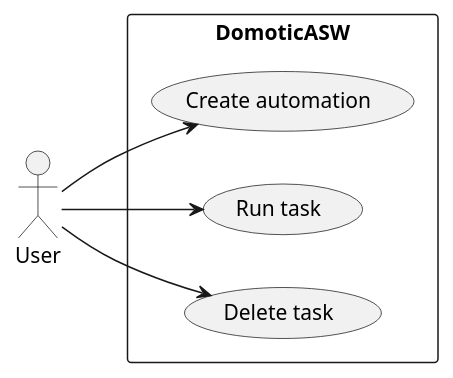
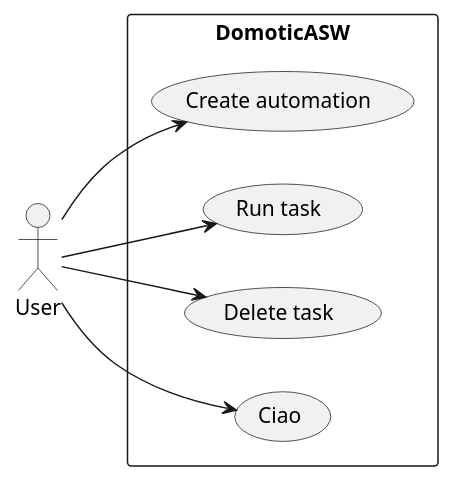
Before and after one commit to DomoticASW/.github: the diagram in diagrams/src/use-case.puml, drawn with PlantUML. The commit also changed 2 other files, not shown here.

```diff
--- a/diagrams/src/use-case.puml
+++ b/diagrams/src/use-case.puml
@@ -1,13 +1,14 @@
 @startuml use-case
 
 left to right direction
 
 actor User
 
 rectangle DomoticASW {
     User --> (Create automation)
     User --> (Run task)
     User --> (Delete task)
+    User --> (Ciao)
 }
 
 @enduml
```
